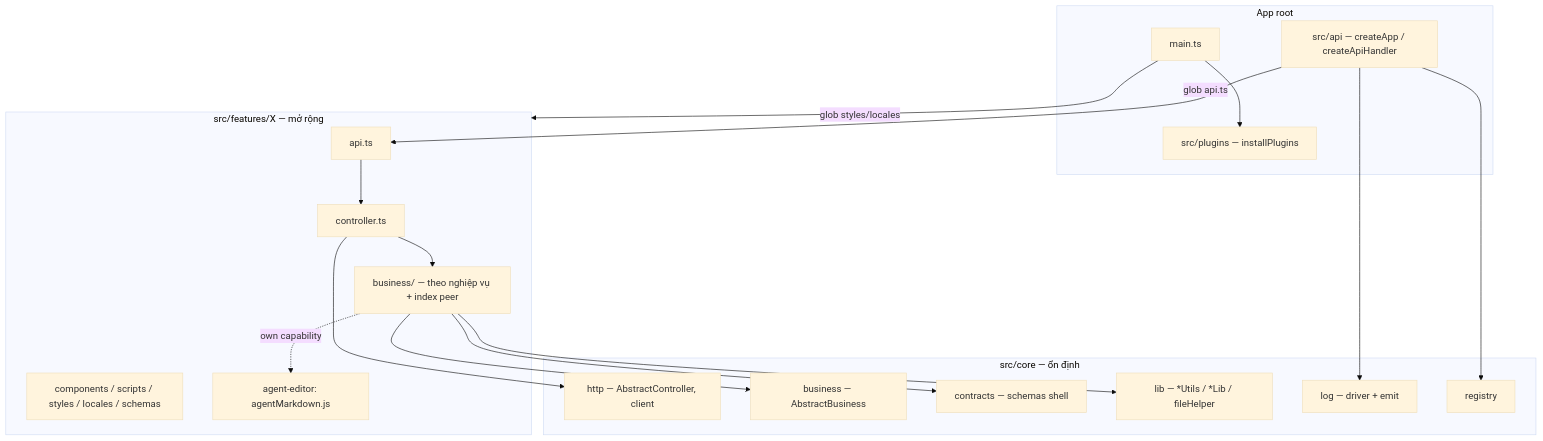
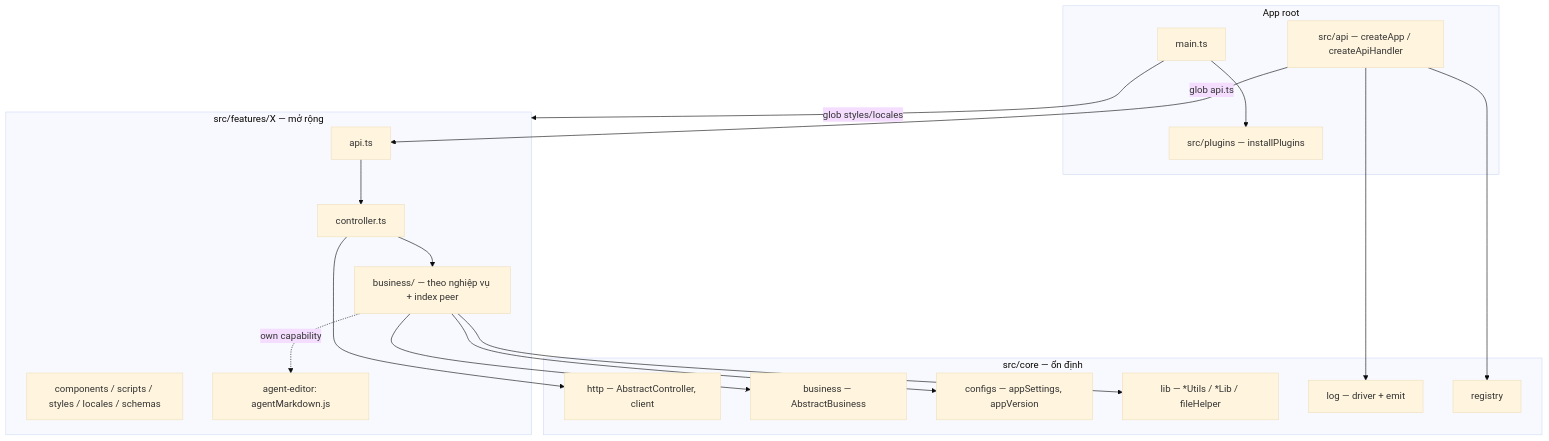
One commit to naut1402/agent-workflow changed the diagram in docs/cookbook/core-path-reorg.md. Above: the diagram before and after it, drawn with Mermaid (base theme). The commit also changed other lines of this file and 22 other files, not shown here.

Commit message:
refactor(core): cap nhat import va alias sau khi doi contracts thanh configs

````diff
--- a/docs/cookbook/core-path-reorg.md
+++ b/docs/cookbook/core-path-reorg.md
@@ -576,38 +576,38 @@
 ```mermaid
 flowchart TB
   subgraph app_root["App root"]
     main["main.ts"]
     api["src/api — createApp / createApiHandler"]
     plugins["src/plugins — installPlugins"]
   end
 
   subgraph core["src/core — ổn định"]
     http["http — AbstractController, client"]
     bizAbs["business — AbstractBusiness"]
-    contracts["contracts — schemas shell"]
+    configs["configs — appSettings, appVersion"]
     lib["lib — *Utils / *Lib / fileHelper"]
     log["log — driver + emit"]
     registry["registry"]
   end
 
   subgraph feature["src/features/X — mở rộng"]
     fApi["api.ts"]
     fCtrl["controller.ts"]
     fBiz["business/ — theo nghiệp vụ + index peer"]
     fUi["components / scripts / styles / locales / schemas"]
     agentMd["agent-editor: agentMarkdown.js"]
   end
 
   main --> plugins
   main -->|glob styles/locales| feature
   api -->|glob api.ts| fApi
   fApi --> fCtrl
   fCtrl --> http
   fCtrl --> fBiz
   fBiz --> bizAbs
-  fBiz --> contracts
+  fBiz --> configs
   fBiz --> lib
   fBiz -.->|own capability| agentMd
   api --> log
   api --> registry
 ```
````
